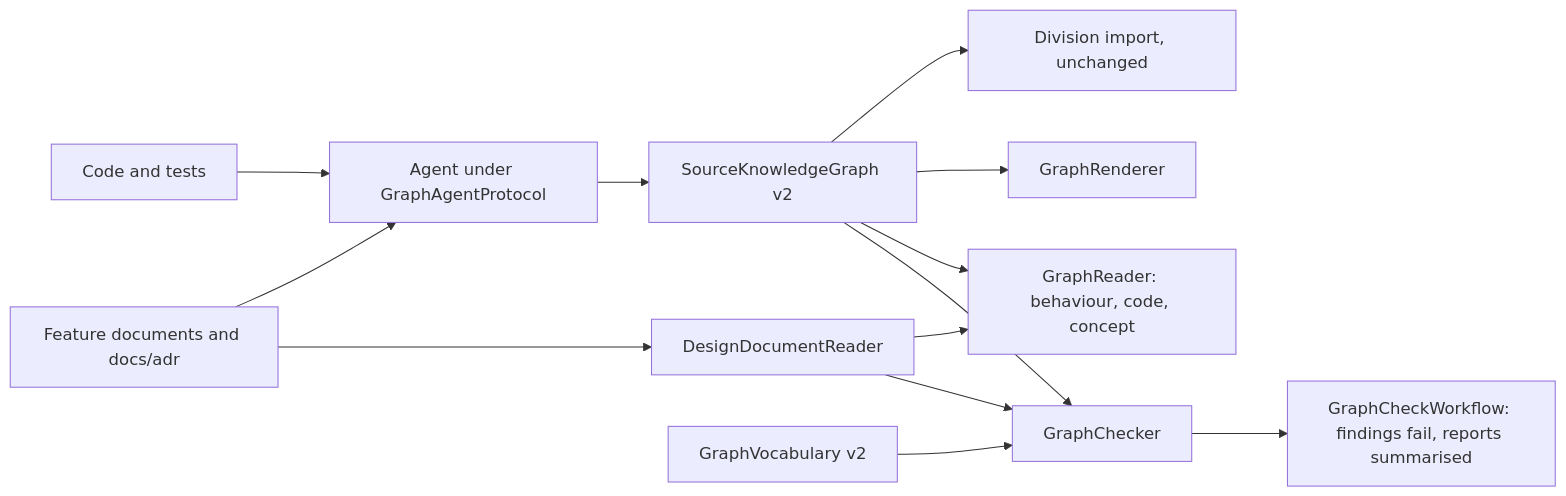
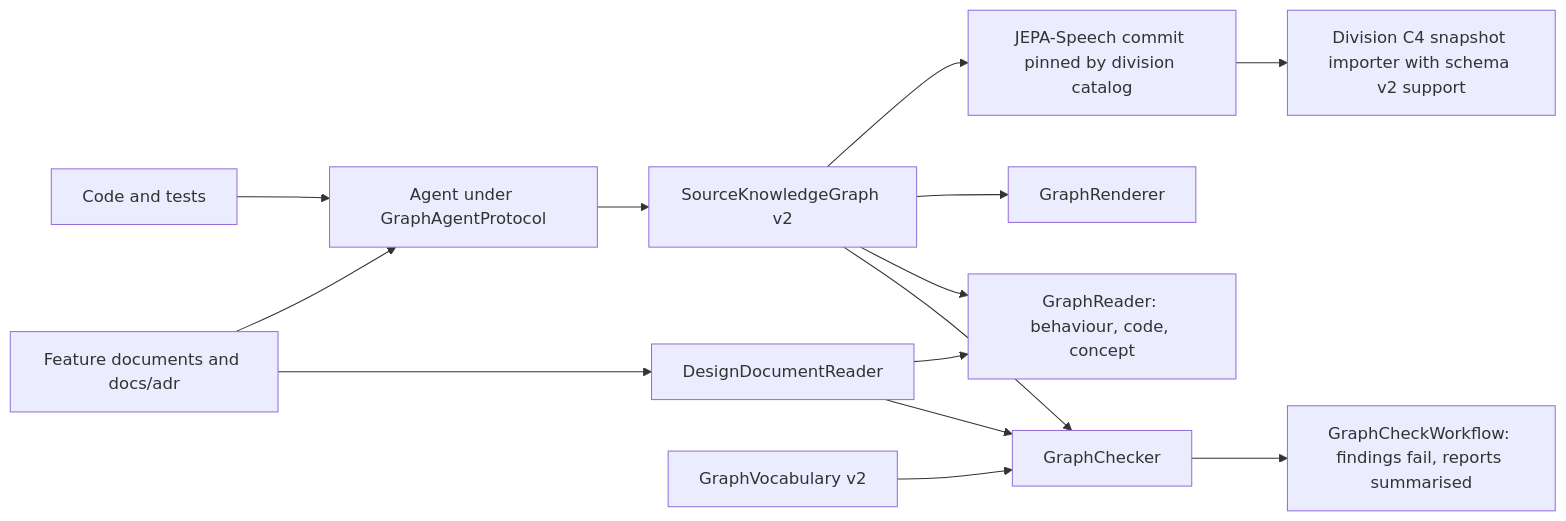
Before and after one commit to jamiemitchellconsultants/InternalOntology: the diagram in docs/features/graph-feature-document-links/feature.md, drawn with Mermaid. The commit also changed other lines of this file and 1 other file, not shown here.

Commit message:
docs: define the division import boundary for B23 (#185)

````diff
--- a/docs/features/graph-feature-document-links/feature.md
+++ b/docs/features/graph-feature-document-links/feature.md
@@ -139,15 +139,16 @@
 ```mermaid
 flowchart LR
   Docs[Feature documents and docs/adr] --> DDR[DesignDocumentReader]
   Agent[Agent under GraphAgentProtocol] --> Graph[SourceKnowledgeGraph v2]
   Docs --> Agent
   Code[Code and tests] --> Agent
   Graph --> Checker[GraphChecker]
   DDR --> Checker
   Vocab[GraphVocabulary v2] --> Checker
   Checker --> CI[GraphCheckWorkflow: findings fail, reports summarised]
   Graph --> Reader[GraphReader: behaviour, code, concept]
   DDR --> Reader
   Graph --> Renderer[GraphRenderer]
-  Graph --> Division[Division import, unchanged]
+  Graph --> Trial[JEPA-Speech commit pinned by division catalog]
+  Trial --> Division[Division C4 snapshot importer with schema v2 support]
 ```
````
